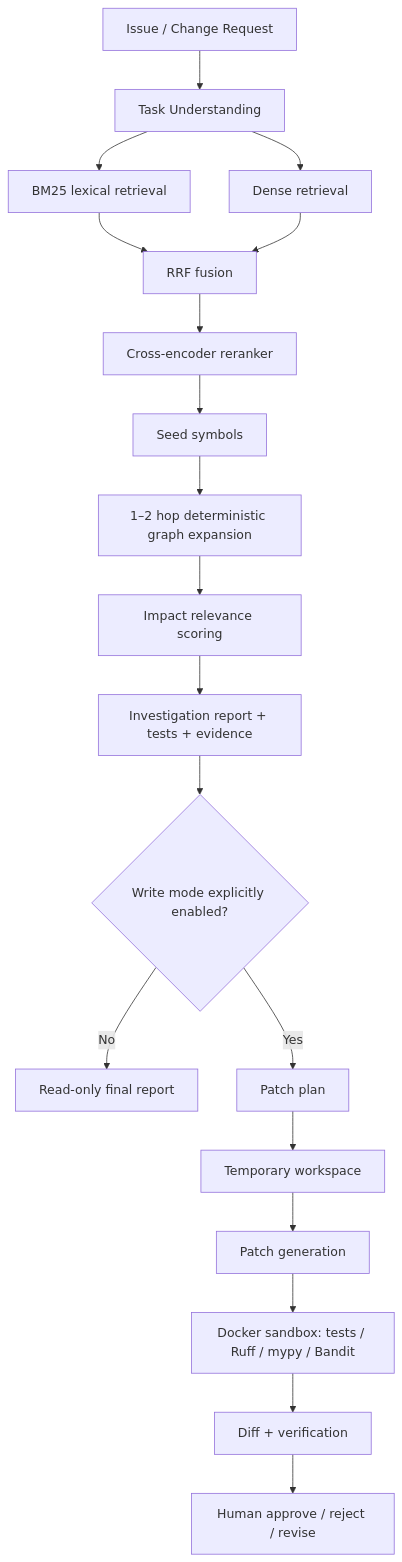
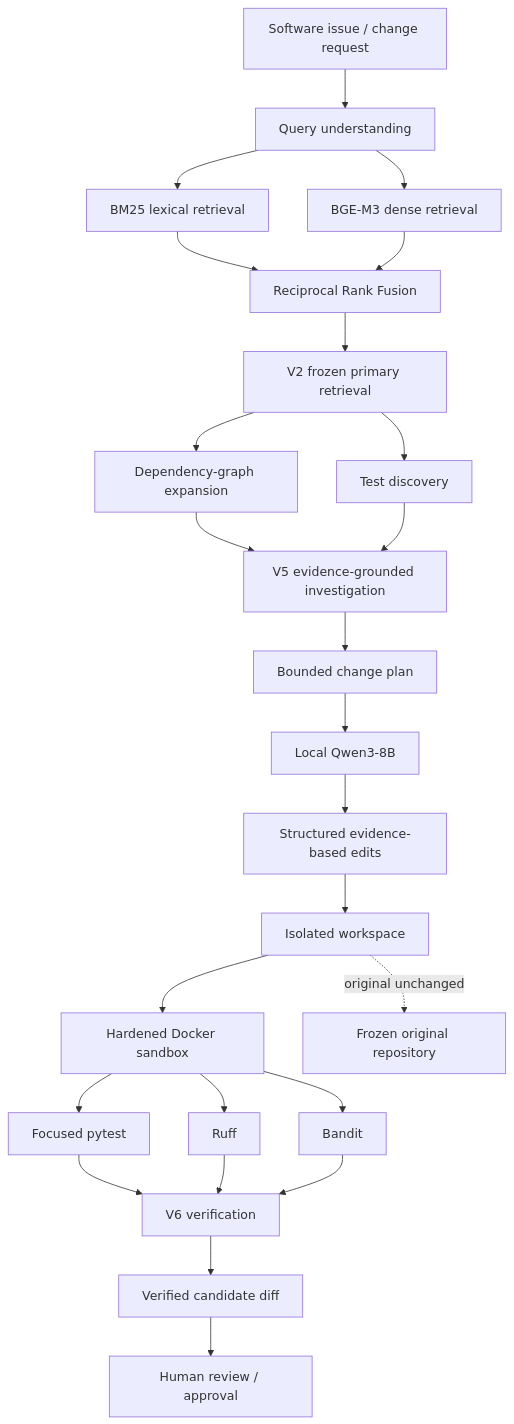
Before and after one commit to unit-mole/repoatlas-agentic-rag: the diagram in README.md, drawn with Mermaid. The commit also changed other lines of this file, not shown here.

````diff
--- a/README.md
+++ b/README.md
@@ -13,21 +167,40 @@
 ```mermaid
 flowchart TD
-    A[Issue / Change Request] --> B[Task Understanding]
-    B --> C1[BM25 lexical retrieval]
-    B --> C2[Dense retrieval]
-    C1 --> D[RRF fusion]
-    C2 --> D
-    D --> E[Cross-encoder reranker]
-    E --> F[Seed symbols]
-    F --> G[1–2 hop deterministic graph expansion]
-    G --> H[Impact relevance scoring]
-    H --> I[Investigation report + tests + evidence]
-    I --> J{Write mode explicitly enabled?}
-    J -- No --> K[Read-only final report]
-    J -- Yes --> L[Patch plan]
-    L --> M[Temporary workspace]
-    M --> N[Patch generation]
-    N --> O[Docker sandbox: tests / Ruff / mypy / Bandit]
-    O --> P[Diff + verification]
-    P --> Q[Human approve / reject / revise]
+    ISSUE[Software issue / change request]
+    QUERY[Query understanding]
+
+    ISSUE --> QUERY
+
+    QUERY --> BM25[BM25 lexical retrieval]
+    QUERY --> DENSE[BGE-M3 dense retrieval]
+
+    BM25 --> RRF[Reciprocal Rank Fusion]
+    DENSE --> RRF
+
+    RRF --> V2[V2 frozen primary retrieval]
+    V2 --> GRAPH[Dependency-graph expansion]
+    V2 --> TESTS[Test discovery]
+
+    GRAPH --> V5[V5 evidence-grounded investigation]
+    TESTS --> V5
+
+    V5 --> PLAN[Bounded change plan]
+    PLAN --> LLM[Local Qwen3-8B]
+    LLM --> EDITS[Structured evidence-based edits]
+
+    EDITS --> WORKSPACE[Isolated workspace]
+    WORKSPACE --> SANDBOX[Hardened Docker sandbox]
+
+    SANDBOX --> PYTEST[Focused pytest]
+    SANDBOX --> RUFF[Ruff]
+    SANDBOX --> BANDIT[Bandit]
+
+    PYTEST --> VERIFY[V6 verification]
+    RUFF --> VERIFY
+    BANDIT --> VERIFY
+
+    VERIFY --> DIFF[Verified candidate diff]
+    DIFF --> HUMAN[Human review / approval]
+
+    WORKSPACE -. original unchanged .-> ORIGINAL[Frozen original repository]
 ```
````
